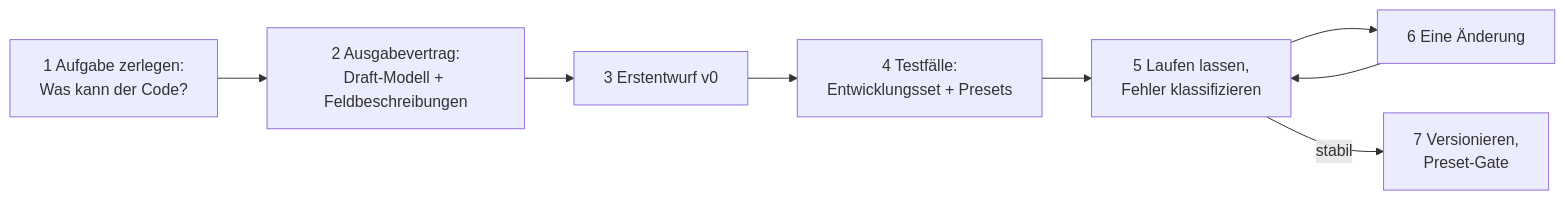
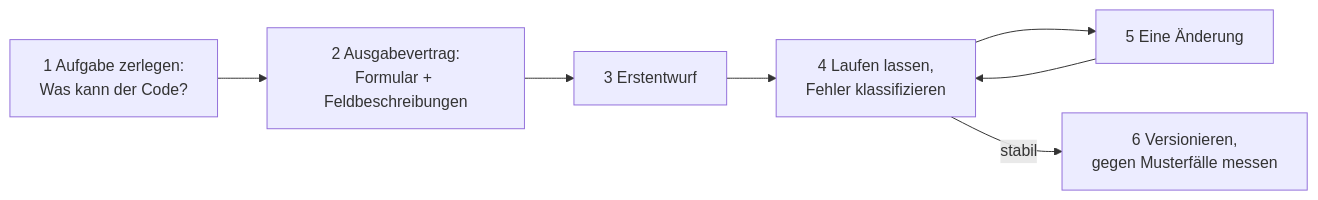
One commit to Daniel74/GovGuard changed the second of 2 diagrams in docs/METHODIK.md. Above: the diagram before and after it, drawn with Mermaid. The commit also changed other lines of this file and 1 other file, not shown here.

Commit message:
#65 METHODIK als Rezept, CLAUDE.md: 2 Minuten je Abschnitt, Code-Namen-Regel

````diff
--- a/docs/METHODIK.md
+++ b/docs/METHODIK.md
@@ -1077,10 +363,9 @@
 ```mermaid
 flowchart LR
-  Z["1 Aufgabe zerlegen:<br/>Was kann der Code?"] --> V["2 Ausgabevertrag:<br/>Draft-Modell + Feldbeschreibungen"]
-  V --> E["3 Erstentwurf v0"]
-  E --> T["4 Testfälle:<br/>Entwicklungsset + Presets"]
-  T --> L["5 Laufen lassen,<br/>Fehler klassifizieren"]
-  L --> A["6 Eine Änderung"]
+  Z["1 Aufgabe zerlegen:<br/>Was kann der Code?"] --> V["2 Ausgabevertrag:<br/>Formular + Feldbeschreibungen"]
+  V --> E["3 Erstentwurf"]
+  E --> L["4 Laufen lassen,<br/>Fehler klassifizieren"]
+  L --> A["5 Eine Änderung"]
   A --> L
-  L -->|"stabil"| G["7 Versionieren,<br/>Preset-Gate"]
+  L -->|"stabil"| G["6 Versionieren,<br/>gegen Musterfälle messen"]
 ```
````
